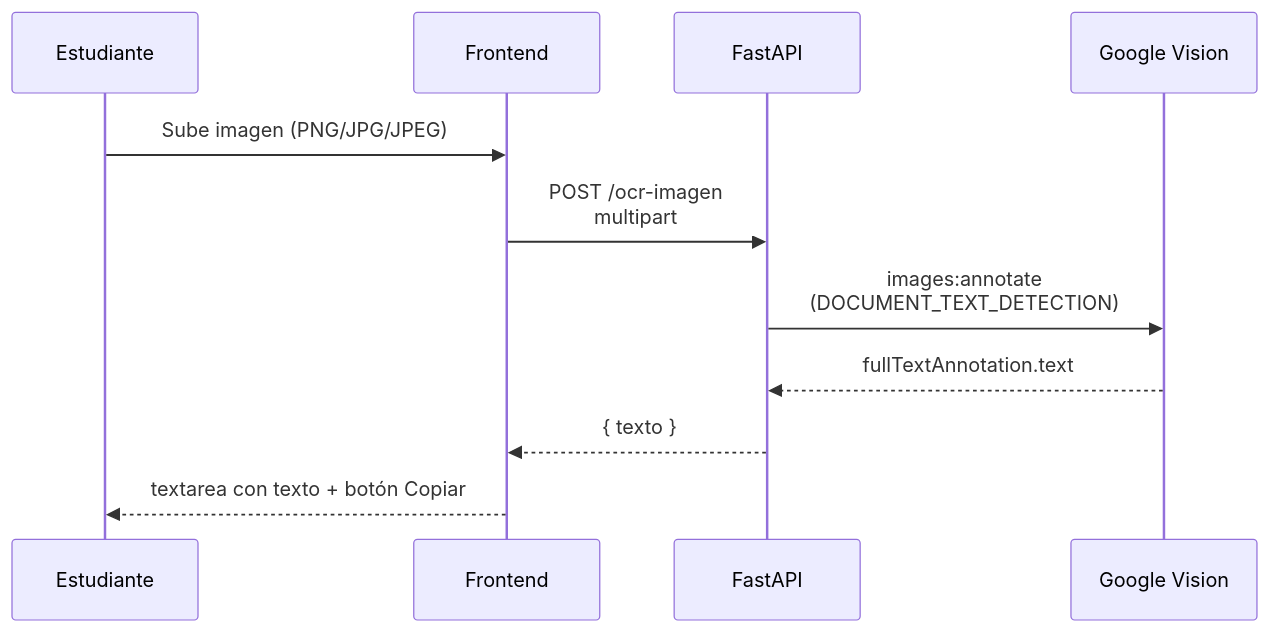
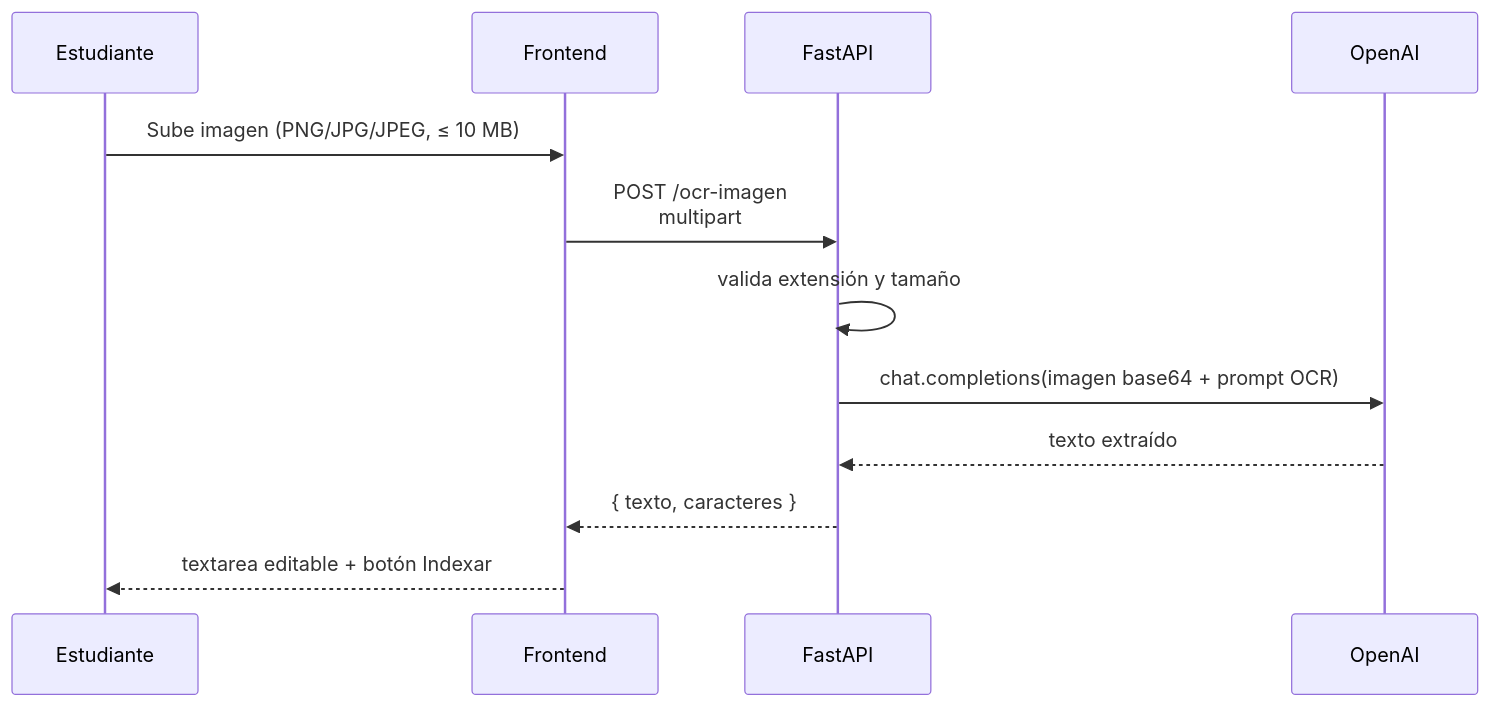
One commit to imlozano/mentor-ia-v2 changed the fifth of 6 diagrams in docs/academic/Flujo_Interaccion_Usuario_Sistema.md. Above: the diagram before and after it, drawn with Mermaid. The commit also changed other lines of this file and 6 other files, not shown here.

````diff
--- a/docs/academic/Flujo_Interaccion_Usuario_Sistema.md
+++ b/docs/academic/Flujo_Interaccion_Usuario_Sistema.md
@@ -266,14 +271,15 @@
 ```mermaid
 sequenceDiagram
     participant U as Estudiante
     participant FE as Frontend
     participant BE as FastAPI
-    participant V as Google Vision
+    participant OAI as OpenAI
 
-    U->>FE: Sube imagen (PNG/JPG/JPEG)
+    U->>FE: Sube imagen (PNG/JPG/JPEG, ≤ 10 MB)
     FE->>BE: POST /ocr-imagen<br/>multipart
-    BE->>V: images:annotate<br/>(DOCUMENT_TEXT_DETECTION)
-    V-->>BE: fullTextAnnotation.text
-    BE-->>FE: { texto }
-    FE-->>U: textarea con texto + botón Copiar
+    BE->>BE: valida extensión y tamaño
+    BE->>OAI: chat.completions(imagen base64 + prompt OCR)
+    OAI-->>BE: texto extraído
+    BE-->>FE: { texto, caracteres }
+    FE-->>U: textarea editable + botón Indexar
 ```
````
